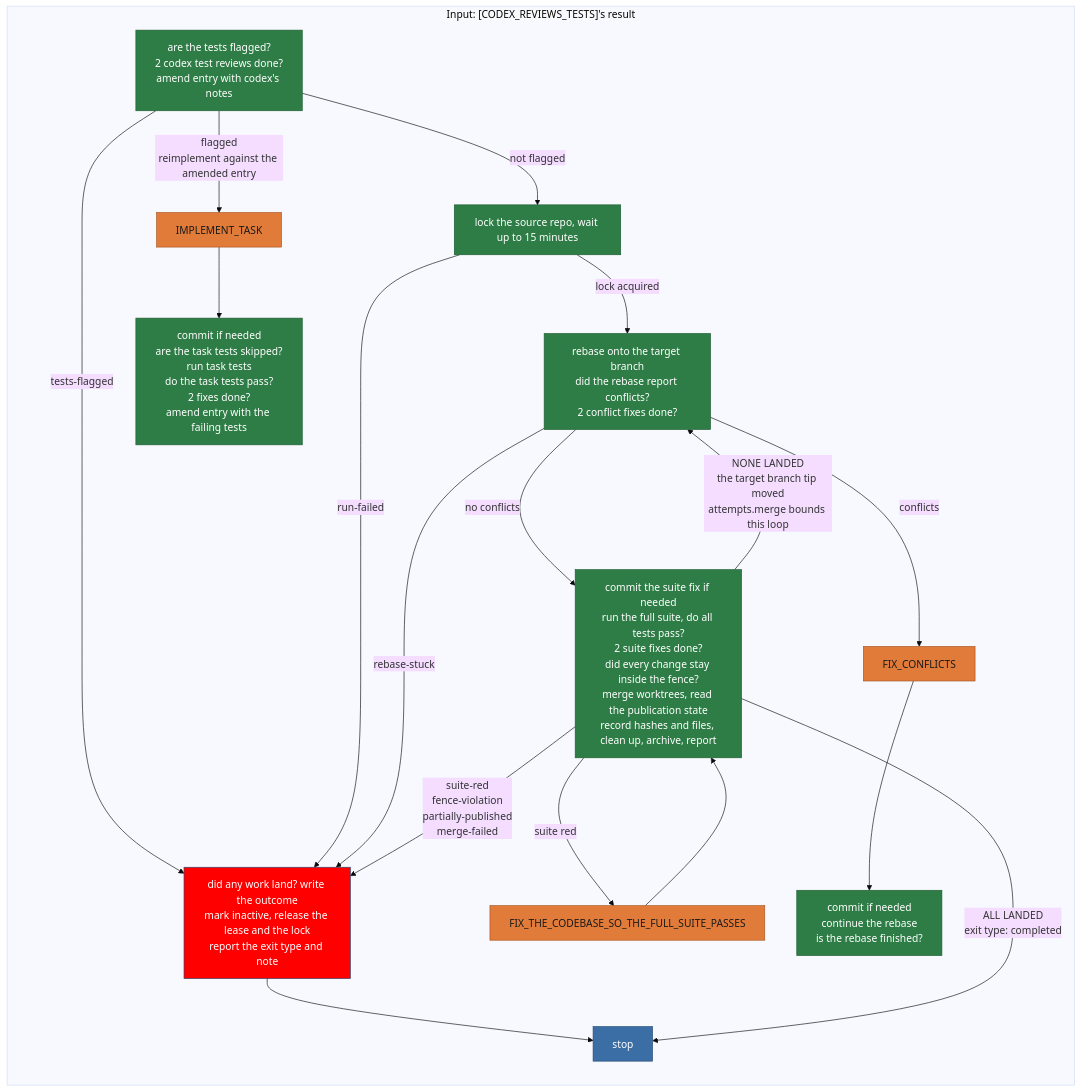
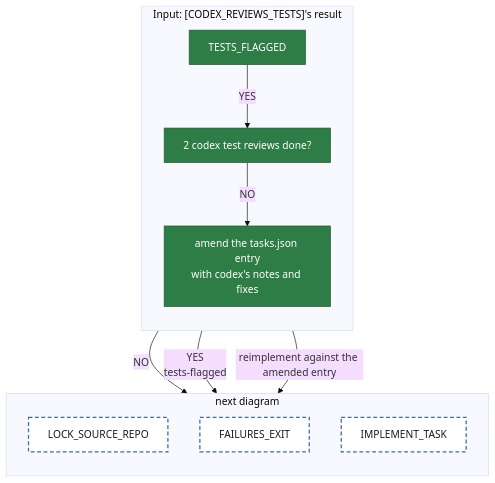
The diagram in diagrams/tackle-tasks/pipeline-areTestsFlagged.mmd (matkatmusic/taskTools), drawn with Mermaid (base theme) before and after one commit. The commit also changed 164 other files, not shown here.

First line of the commit message:
Add new task scripts and templates for handling rebase and review processes

```diff
--- a/diagrams/tackle-tasks/pipeline-areTestsFlagged.mmd
+++ b/diagrams/tackle-tasks/pipeline-areTestsFlagged.mmd
@@ -1,42 +1,30 @@
 flowchart TB
-%% One agent() call. /run-step starts at ARE_TESTS_FLAGGED; paths end at orange box or STOP; its answer feeds named diagram.
+%% One agent() call. /run-step starts at ARE_TESTS_FLAGGED. Every path ends at an orange block or a dashed block.
 
   subgraph areTestsFlagged ["Input: [CODEX_REVIEWS_TESTS]'s result"]
     direction TB
-    ARE_TESTS_FLAGGED["are the tests flagged?<br/>2 codex test reviews done?<br/>amend entry with codex's notes"]
+    ARE_TESTS_FLAGGED["TESTS_FLAGGED"]
+    ARE_2_TEST_REVIEWS_DONE_Q["2 codex test reviews done?"]
+    AMEND_ENTRY_WITH_CODEX_NOTES["amend the tasks.json entry<br/>with codex's notes and fixes"]
+  end
+  subgraph areTestsFlaggedNext ["next diagram"]
+    direction TB
+    LOCK_SOURCE_REPO["LOCK_SOURCE_REPO"]
+    FAILURES_EXIT["FAILURES_EXIT"]
     IMPLEMENT_TASK["IMPLEMENT_TASK"]
-    FAILURES_EXIT["did any work land? write the outcome<br/>mark inactive, release the lease and the lock<br/>report the exit type and note"]
-    STOP["stop"]
-    LOCK_SOURCE_REPO["lock the source repo, wait up to 15 minutes"]
-    REBASE_ONTO_TARGET_BRANCH["rebase onto the target branch<br/>did the rebase report conflicts?<br/>2 conflict fixes done?"]
-    FIX_CONFLICTS["FIX_CONFLICTS"]
-    RUN_FULL_SUITE["commit the suite fix if needed<br/>run the full suite, do all tests pass?<br/>2 suite fixes done?<br/>did every change stay inside the fence?<br/>merge worktrees, read the publication state<br/>record hashes and files, clean up, archive, report"]
-    FIX_THE_CODEBASE_FOR_SUITE["FIX_THE_CODEBASE_SO_THE_FULL_SUITE_PASSES"]
-    COMMIT_IMPLEMENTATION_IF_NEEDED["commit if needed<br/>are the task tests skipped?<br/>run task tests<br/>do the task tests pass?<br/>2 fixes done?<br/>amend entry with the failing tests"]
-    COMMIT_MERGE_CONFLICT_FIX_IF_NEEDED["commit if needed<br/>continue the rebase<br/>is the rebase finished?"]
   end
-  ARE_TESTS_FLAGGED -- "flagged<br/>reimplement against the amended entry" --> IMPLEMENT_TASK
-  FAILURES_EXIT --> STOP
-  ARE_TESTS_FLAGGED -- "tests-flagged" --> FAILURES_EXIT
-  ARE_TESTS_FLAGGED -- "not flagged" --> LOCK_SOURCE_REPO
-  LOCK_SOURCE_REPO -- "run-failed" --> FAILURES_EXIT
-  LOCK_SOURCE_REPO -- "lock acquired" --> REBASE_ONTO_TARGET_BRANCH
-  REBASE_ONTO_TARGET_BRANCH -- "conflicts" --> FIX_CONFLICTS
-  REBASE_ONTO_TARGET_BRANCH -- "rebase-stuck" --> FAILURES_EXIT
-  REBASE_ONTO_TARGET_BRANCH -- "no conflicts" --> RUN_FULL_SUITE
-  RUN_FULL_SUITE -- "suite red" --> FIX_THE_CODEBASE_FOR_SUITE
-  RUN_FULL_SUITE -- "suite-red<br/>fence-violation<br/>partially-published<br/>merge-failed" --> FAILURES_EXIT
-  RUN_FULL_SUITE -- "ALL LANDED<br/>exit type: completed" --> STOP
-  RUN_FULL_SUITE -- "NONE LANDED<br/>the target branch tip moved<br/>attempts.merge bounds this loop" --> REBASE_ONTO_TARGET_BRANCH
-  IMPLEMENT_TASK --> COMMIT_IMPLEMENTATION_IF_NEEDED
-  FIX_CONFLICTS --> COMMIT_MERGE_CONFLICT_FIX_IF_NEEDED
-  FIX_THE_CODEBASE_FOR_SUITE --> RUN_FULL_SUITE
+  areTestsFlagged ~~~ areTestsFlaggedNext
+
+  ARE_TESTS_FLAGGED -- "NO" --> LOCK_SOURCE_REPO
+  ARE_TESTS_FLAGGED -- "YES" --> ARE_2_TEST_REVIEWS_DONE_Q
+  ARE_2_TEST_REVIEWS_DONE_Q -- "NO" --> AMEND_ENTRY_WITH_CODEX_NOTES
+  ARE_2_TEST_REVIEWS_DONE_Q -- "YES<br/>tests-flagged" --> FAILURES_EXIT
+  AMEND_ENTRY_WITH_CODEX_NOTES -- "reimplement against the amended entry" --> IMPLEMENT_TASK
 
   classDef script fill:#2f7d46,stroke:#1e5c31,color:#ffffff
   classDef returns_a_prompt fill:#e07b39,stroke:#a8541f,color:#1a1a1a
   classDef fail fill:red,stroke:#254a70,color:#ffffff
   classDef output fill:#3b6ea5,stroke:#254a70,color:#ffffff
-  class ARE_TESTS_FLAGGED,LOCK_SOURCE_REPO,REBASE_ONTO_TARGET_BRANCH,RUN_FULL_SUITE,COMMIT_IMPLEMENTATION_IF_NEEDED,COMMIT_MERGE_CONFLICT_FIX_IF_NEEDED script
-  class IMPLEMENT_TASK,FIX_CONFLICTS,FIX_THE_CODEBASE_FOR_SUITE returns_a_prompt
-  class FAILURES_EXIT fail
-  class STOP output
+  classDef next_diagram fill:#ffffff,stroke:#3b6ea5,stroke-width:2px,stroke-dasharray:6 4,color:#1a1a1a
+  class ARE_TESTS_FLAGGED,ARE_2_TEST_REVIEWS_DONE_Q,AMEND_ENTRY_WITH_CODEX_NOTES script
+  class LOCK_SOURCE_REPO,FAILURES_EXIT,IMPLEMENT_TASK next_diagram
```
